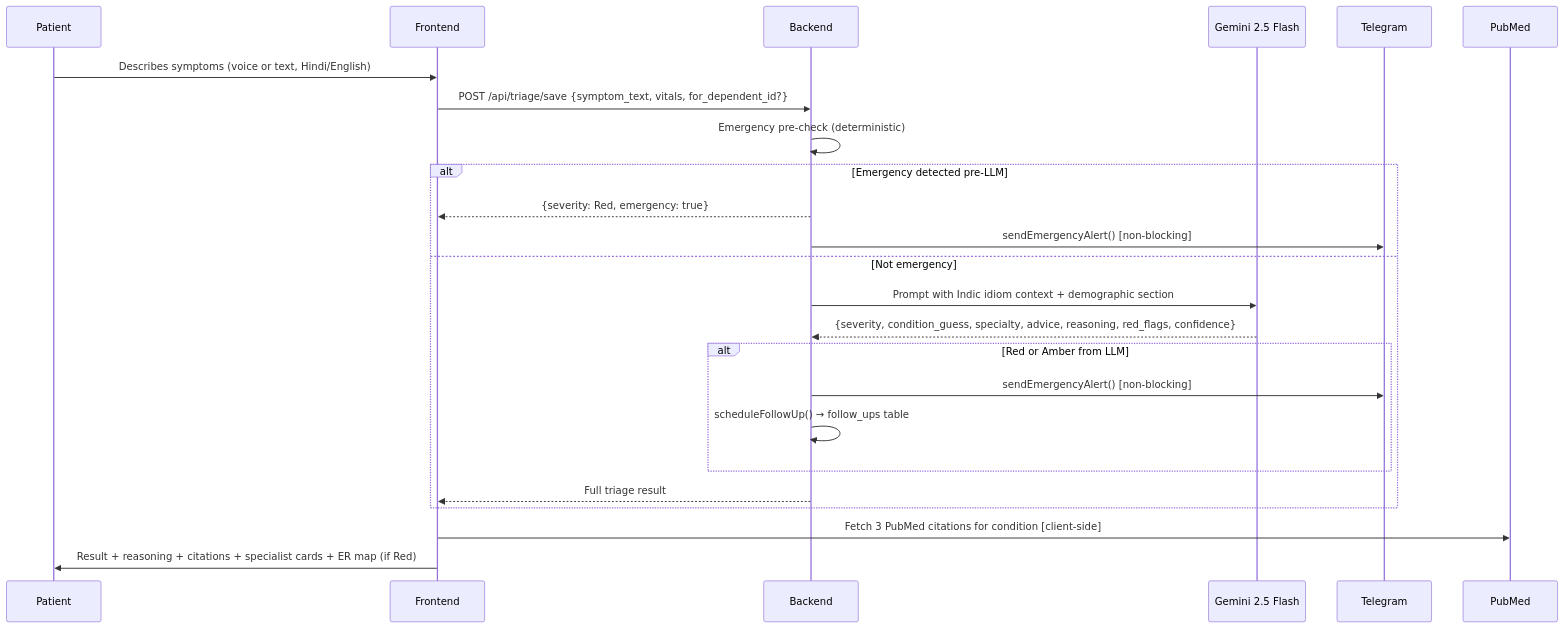
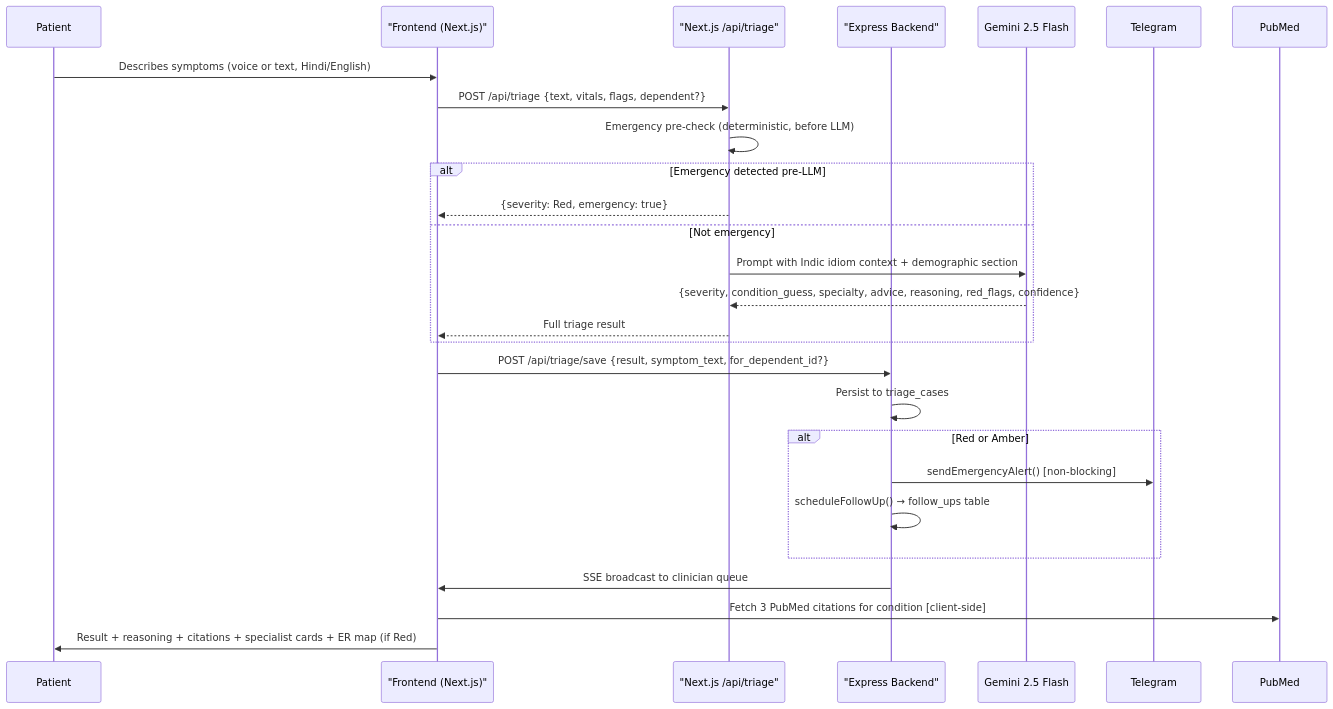
One commit to Dealer-09/CareRoute changed the second of 3 diagrams in README.md. Above: the diagram before and after it, drawn with Mermaid. The commit also changed other lines of this file, not shown here.

Commit message:
docs: fix 7 README vs code discrepancies
- Architecture diagram: corrected two-hop flow — Next.js /api/triage owns Gemini call + emergency pre-check; Express /api/triage/save only persists
- Sequence diagram: rewritten to accurately show NX→Gemini→FE→BE split, Telegram + follow-up on BE side
- Document intelligence: marked as NOT built (route was deleted)
- ER diagram: dependents.user_id (not patient_id); relationship updated to users||--o{dependents
- Tech stack: Bun is frontend script runner only; backend dev uses nodemon+ts-node
- Admin stats: 'active users' corrected to 'total registered users'
- Timeline: 'progression chart' corrected to 'vertical list timeline'
- API table: added missing PATCH /api/dependents/:id endpoint

````diff
--- a/README.md
+++ b/README.md
@@ -77,27 +78,30 @@
 ```mermaid
 sequenceDiagram
     participant P as Patient
-    participant FE as Frontend
-    participant BE as Backend
+    participant FE as "Frontend (Next.js)"
+    participant NX as "Next.js /api/triage"
+    participant BE as "Express Backend"
     participant GEM as Gemini 2.5 Flash
     participant TG as Telegram
     participant PM as PubMed
 
     P->>FE: Describes symptoms (voice or text, Hindi/English)
-    FE->>BE: POST /api/triage/save {symptom_text, vitals, for_dependent_id?}
-    BE->>BE: Emergency pre-check (deterministic)
+    FE->>NX: POST /api/triage {text, vitals, flags, dependent?}
+    NX->>NX: Emergency pre-check (deterministic, before LLM)
     alt Emergency detected pre-LLM
-        BE-->>FE: {severity: Red, emergency: true}
+        NX-->>FE: {severity: Red, emergency: true}
+    else Not emergency
+        NX->>GEM: Prompt with Indic idiom context + demographic section
+        GEM-->>NX: {severity, condition_guess, specialty, advice, reasoning, red_flags, confidence}
+        NX-->>FE: Full triage result
+    end
+    FE->>BE: POST /api/triage/save {result, symptom_text, for_dependent_id?}
+    BE->>BE: Persist to triage_cases
+    alt Red or Amber
         BE->>TG: sendEmergencyAlert() [non-blocking]
-    else Not emergency
-        BE->>GEM: Prompt with Indic idiom context + demographic section
-        GEM-->>BE: {severity, condition_guess, specialty, advice, reasoning, red_flags, confidence}
-        alt Red or Amber from LLM
-            BE->>TG: sendEmergencyAlert() [non-blocking]
-            BE->>BE: scheduleFollowUp() → follow_ups table
-        end
-        BE-->>FE: Full triage result
+        BE->>BE: scheduleFollowUp() → follow_ups table
     end
+    BE->>FE: SSE broadcast to clinician queue
     FE->>PM: Fetch 3 PubMed citations for condition [client-side]
     FE->>P: Result + reasoning + citations + specialist cards + ER map (if Red)
 ```
````
